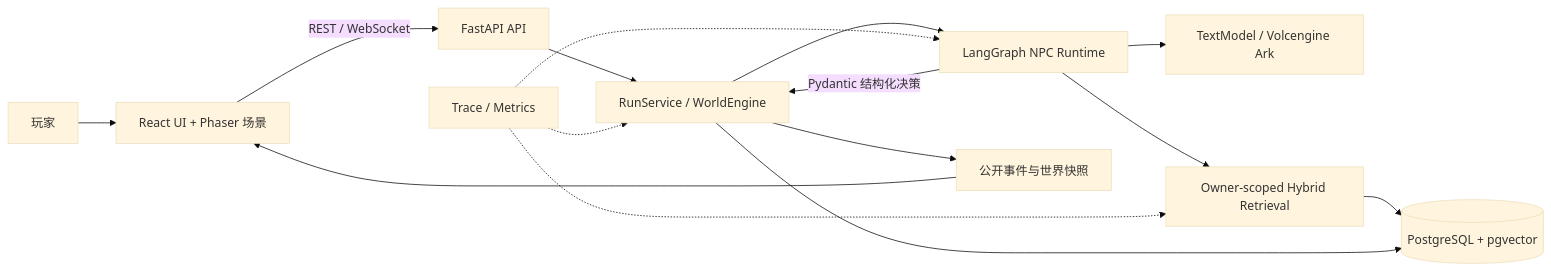
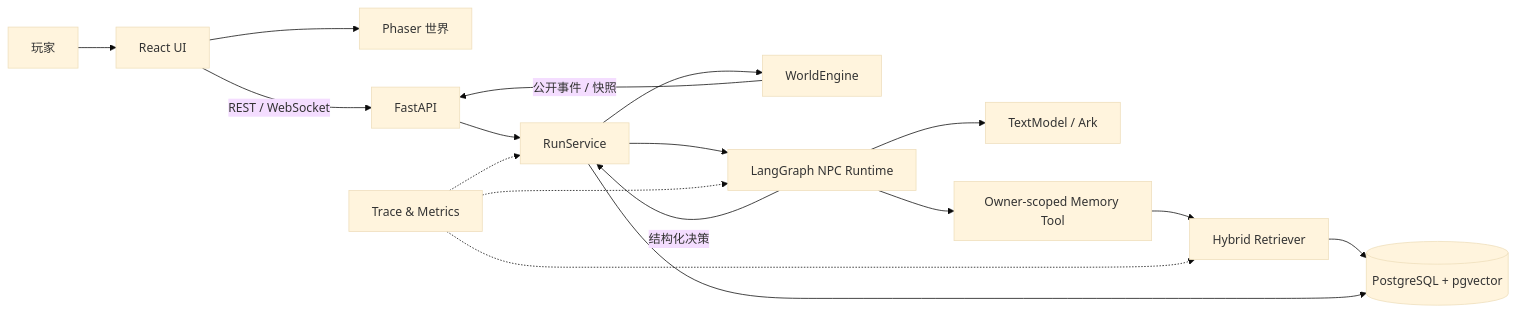
Before and after one commit to ll555yy/qinghuai-agent-world: the diagram in README.md, drawn with Mermaid (base theme). The commit also changed other lines of this file and 103 other files, not shown here.

````diff
--- a/README.md
+++ b/README.md
@@ -13,17 +40,23 @@
 ```mermaid
 flowchart LR
-    Player[玩家] --> Client[React UI + Phaser 场景]
-    Client -->|REST / WebSocket| API[FastAPI API]
-    API --> Orchestrator[RunService / WorldEngine]
-    Orchestrator --> Agent[LangGraph NPC Runtime]
-    Agent --> Model[TextModel / Volcengine Ark]
-    Agent --> Retrieval[Owner-scoped Hybrid Retrieval]
-    Retrieval --> DB[(PostgreSQL + pgvector)]
-    Orchestrator --> DB
-    Agent -->|Pydantic 结构化决策| Orchestrator
-    Orchestrator --> Projection[公开事件与世界快照]
-    Projection --> Client
-    Telemetry[Trace / Metrics] -.-> Agent
-    Telemetry -.-> Retrieval
-    Telemetry -.-> Orchestrator
+    P[玩家] --> C[React UI]
+    C --> G[Phaser 世界]
+    C -->|REST / WebSocket| API[FastAPI]
+
+    API --> RS[RunService]
+    RS --> WE[WorldEngine]
+    RS --> AR[LangGraph NPC Runtime]
+
+    AR --> TM[TextModel / Ark]
+    AR --> MR[Owner-scoped Memory Tool]
+    MR --> HR[Hybrid Retriever]
+    HR --> PG[(PostgreSQL + pgvector)]
+    RS --> PG
+
+    AR -->|结构化决策| RS
+    WE -->|公开事件 / 快照| API
+
+    TR[Trace & Metrics] -.-> AR
+    TR -.-> HR
+    TR -.-> RS
 ```
````
